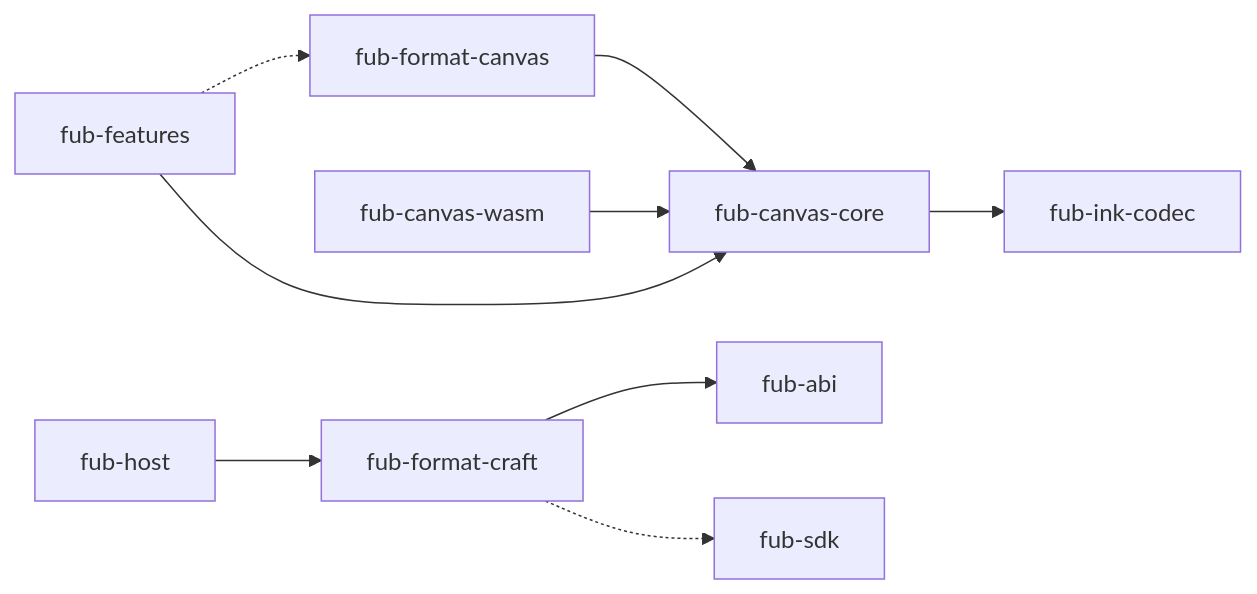
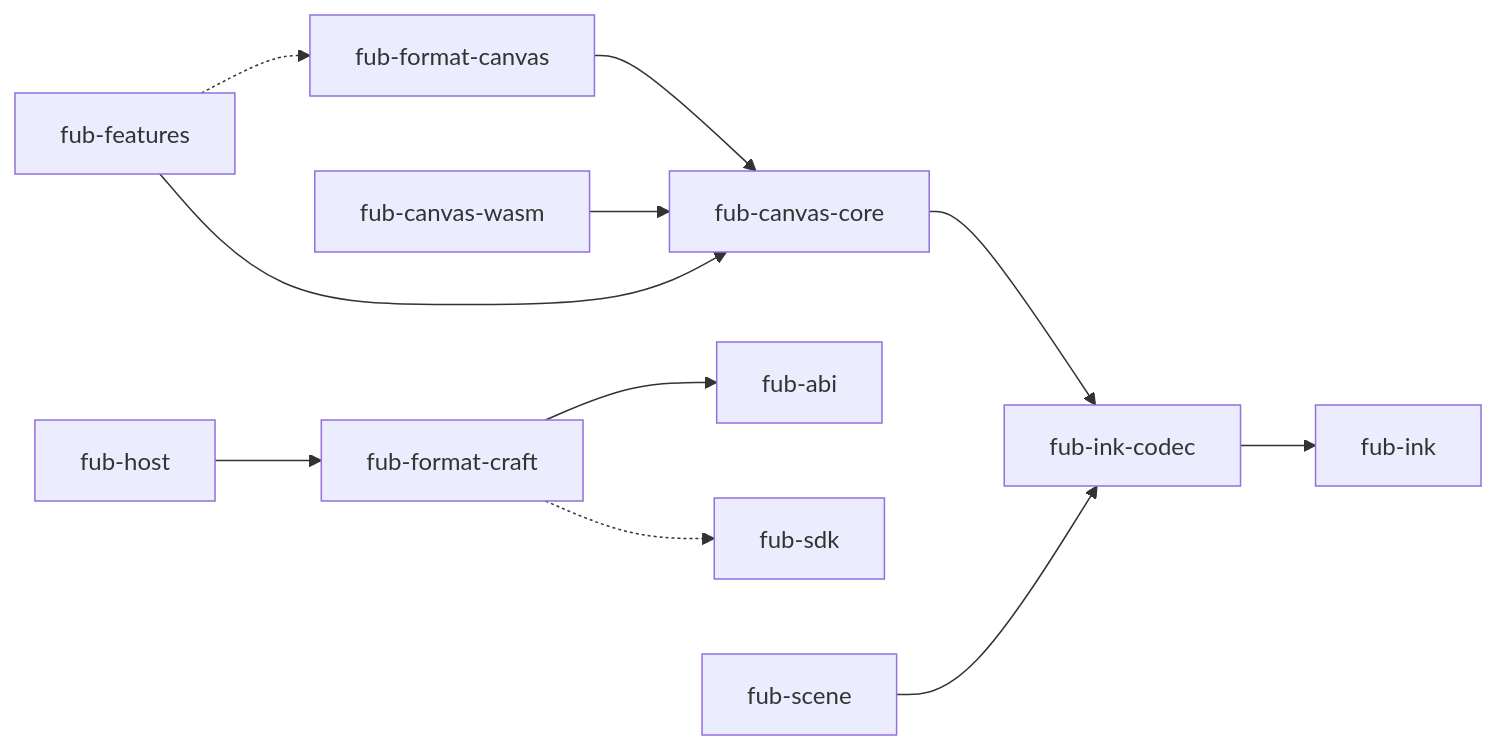
Before and after one commit to Fubeo/Fub: the fourth of 6 diagrams in docs/architecture/overview.md, drawn with Mermaid. The commit also changed other lines of this file and 4 other files, not shown here.

````diff
--- a/docs/architecture/overview.md
+++ b/docs/architecture/overview.md
@@ -235,28 +236,36 @@
 ```mermaid
 flowchart LR
     %% @grafo-dipendenze
     %% Il seguito del grafo: il nucleo della lavagna e i suoi clienti.
 
     canvas["fub-format-canvas"]
     canvascore["fub-canvas-core"]
     canvasinkcodec["fub-ink-codec"]
     canvaswasm["fub-canvas-wasm"]
     features["fub-features"]
 
     canvas --> canvascore
     canvascore --> canvasinkcodec
     canvaswasm --> canvascore
     features --> canvascore
     features -.-> canvas
 
     %% E fub-format-craft.
 
     abi["fub-abi"]
     sdk["fub-sdk"]
     host["fub-host"]
     craft["fub-format-craft"]
 
     host --> craft
     craft --> abi
     craft -.-> sdk
+
+    %% E il codec dei tratti, fra i disegni e il nucleo dell'inchiostro.
+
+    scene["fub-scene"]
+    ink["fub-ink"]
+
+    scene --> canvasinkcodec
+    canvasinkcodec --> ink
 ```
````
